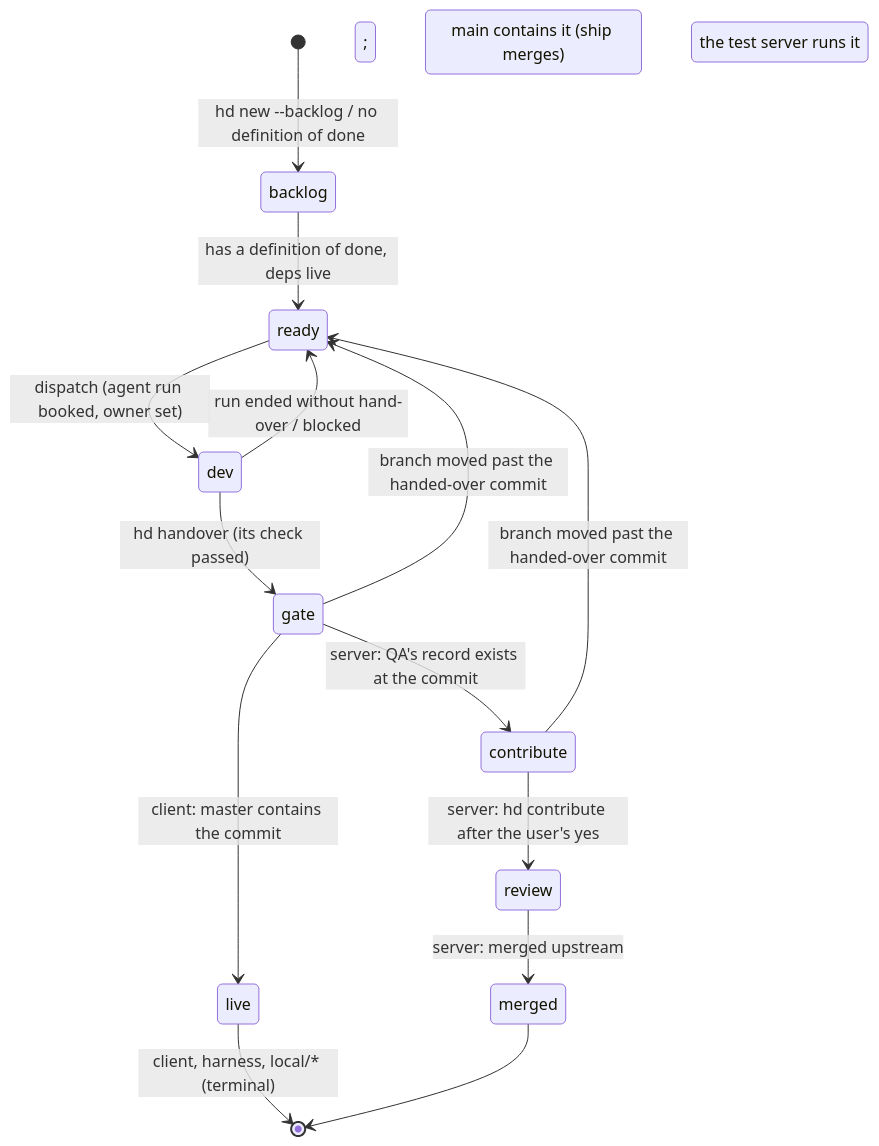
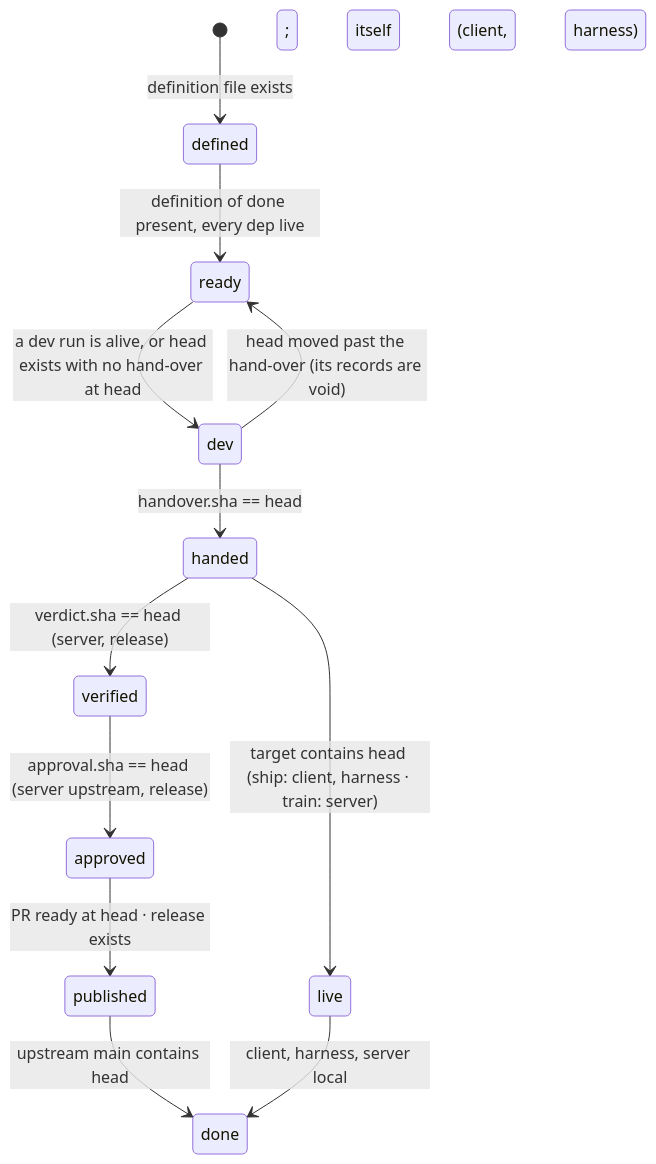
One commit to AlexPerrin/osrs-harness changed the third of 6 diagrams in docs/ARCHITECTURE.md. Above: the diagram before and after it, drawn with Mermaid. The commit also changed other lines of this file and 3 other files, not shown here.

Commit message:
docs: v7 source docs (PROBLEM, PRD, ARCHITECTURE) and the build proposal

````diff
--- a/docs/ARCHITECTURE.md
+++ b/docs/ARCHITECTURE.md
@@ -180,16 +118,14 @@
 ```mermaid
 stateDiagram-v2
-  [*] --> backlog: hd new --backlog / no definition of done
-  backlog --> ready: has a definition of done, deps live
-  ready --> dev: dispatch (agent run booked, owner set)
-  dev --> gate: hd handover (its check passed)
-  dev --> ready: run ended without hand-over / blocked
-  gate --> live: client: master contains the commit; harness: main contains it (ship merges); local/*: the test server runs it
-  gate --> contribute: server: QA's record exists at the commit
-  contribute --> review: server: hd contribute after the user's yes
-  review --> merged: server: merged upstream
-  gate --> ready: branch moved past the handed-over commit
-  contribute --> ready: branch moved past the handed-over commit
-  live --> [*]: client, harness, local/* (terminal)
-  merged --> [*]
+  [*] --> defined: definition file exists
+  defined --> ready: definition of done present, every dep live
+  ready --> dev: a dev run is alive, or head exists with no hand-over at head
+  dev --> handed: handover.sha == head
+  handed --> verified: verdict.sha == head (server, release); handed itself (client, harness)
+  verified --> approved: approval.sha == head (server upstream, release)
+  approved --> published: PR ready at head · release exists
+  handed --> live: target contains head (ship: client, harness · train: server)
+  published --> done: upstream main contains head
+  live --> done: client, harness, server local
+  dev --> ready: head moved past the hand-over (its records are void)
 ```
````
